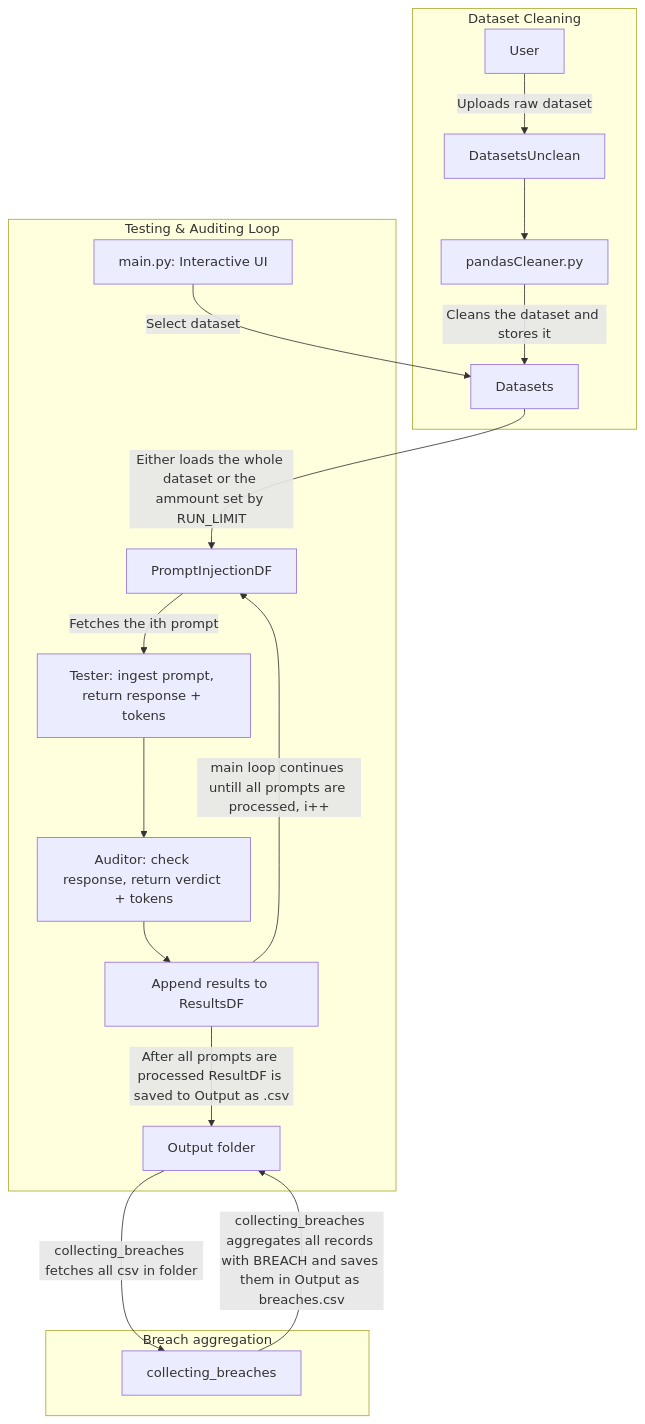
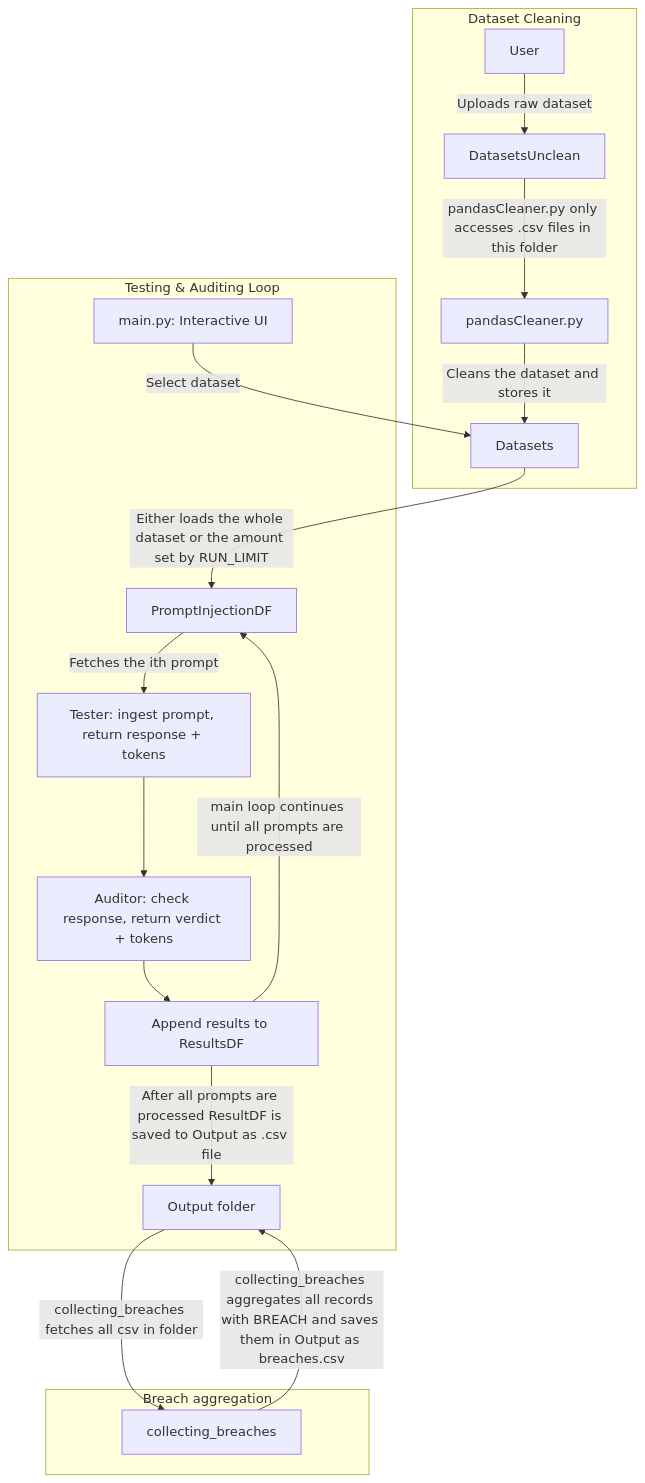
The diagram in README.md (BartmossMurphy2077/PromptInjectionTester), drawn with Mermaid before and after one commit.

Commit message:
small fix to graph

````diff
--- a/README.md
+++ b/README.md
@@ -9,24 +9,23 @@
 ```mermaid
  flowchart TD
     subgraph CleaningPipeline [Dataset Cleaning]
         A[User] --> |Uploads raw dataset| B[DatasetsUnclean]
-        B --> C[pandasCleaner.py]
+        B --> |pandasCleaner.py only accesses .csv files in this folder| C[pandasCleaner.py]
         C --> |Cleans the dataset and stores it|Datasets[Datasets]
     end
 
     subgraph MainLoop [Testing & Auditing Loop]
         UI[main.py: Interactive UI] -->|Select dataset| Datasets
-        Datasets --> |Either loads the whole dataset or the ammount set by RUN_LIMIT| DataFrame[PromptInjectionDF]
+        Datasets --> |Either loads the whole dataset or the amount set by RUN_LIMIT| DataFrame[PromptInjectionDF]
         DataFrame --> |Fetches the ith prompt| Tester[Tester: ingest prompt, return response + tokens]
         Tester --> Auditor[Auditor: check response, return verdict + tokens]
         Auditor --> ResultsDF[Append results to ResultsDF]
-        ResultsDF --> |main loop continues untill all prompts are processed, i++| DataFrame
-        ResultsDF --> |After all prompts are processed ResultDF is saved to Output as .csv| OutputFolder[Output folder]
+        ResultsDF --> |main loop continues until all prompts are processed| DataFrame
+        ResultsDF --> |After all prompts are processed ResultDF is saved to Output as .csv file| OutputFolder[Output folder]
     end
 
 subgraph collectingBreaches[Breach aggregation]
     method[collecting_breaches] --> |collecting_breaches aggregates all records with BREACH and saves them in Output as breaches.csv| OutputFolder
     OutputFolder --> |collecting_breaches fetches all csv in folder| method
 end
-
 ```
````
